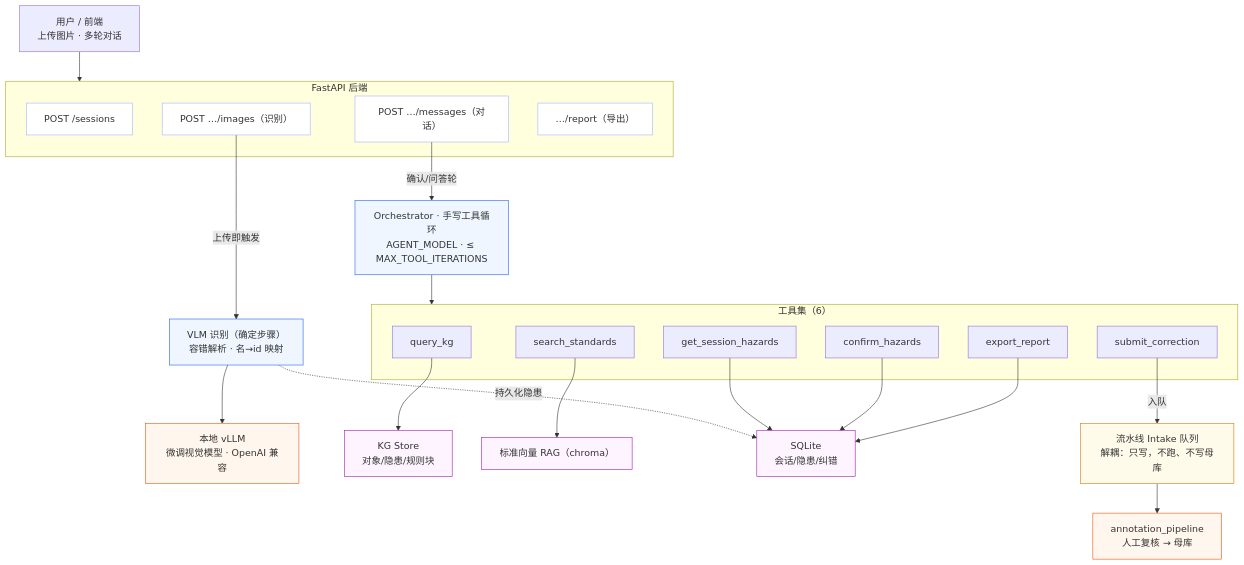
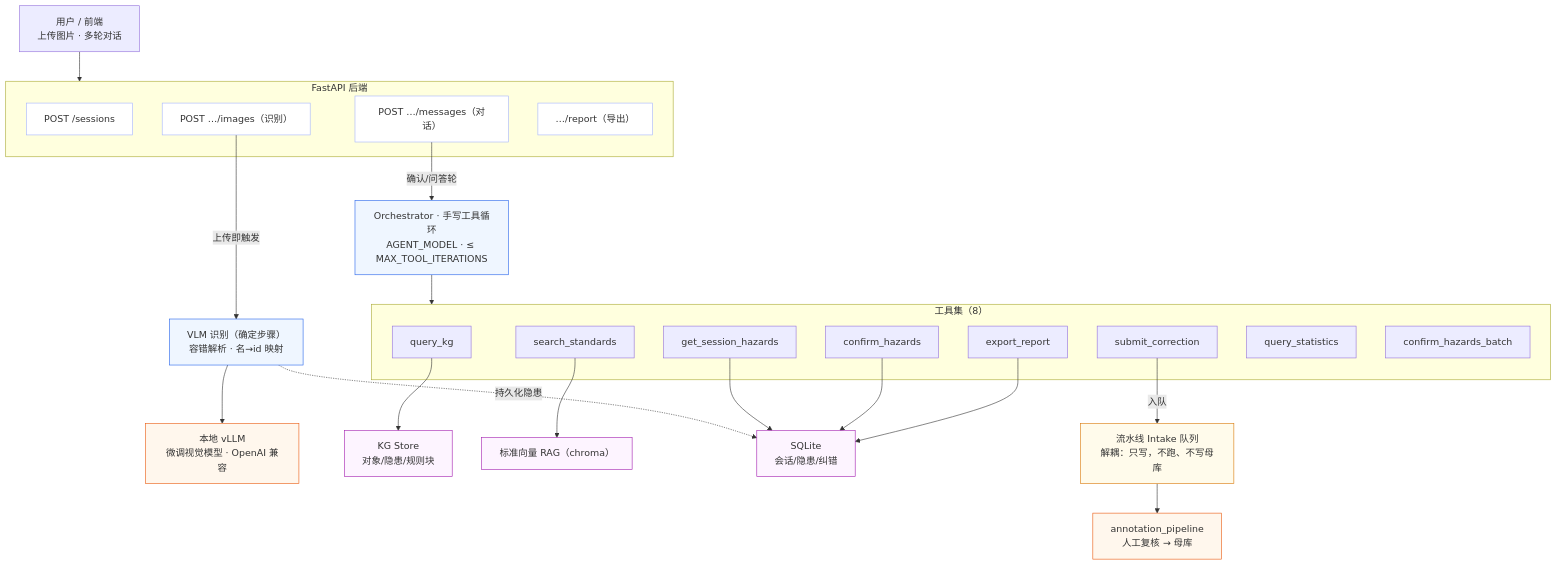
Before and after one commit to dalao-bai/safety-vision-agent: the diagram in README.md, drawn with Mermaid. The commit also changed other lines of this file, not shown here.

First line of the commit message:
docs(readme): update for batch upload feature

````diff
--- a/README.md
+++ b/README.md
@@ -70,43 +71,45 @@
 ```mermaid
 flowchart TB
     C["用户 / 前端<br/>上传图片 · 多轮对话"]
     subgraph API["FastAPI 后端"]
       R1["POST /sessions"]:::route
       R2["POST …/images（识别）"]:::route
       R3["POST …/messages（对话）"]:::route
       R4["…/report（导出）"]:::route
     end
     DET["VLM 识别（确定步骤）<br/>容错解析 · 名→id 映射"]:::engine
     VLLM["本地 vLLM<br/>微调视觉模型 · OpenAI 兼容"]:::ext
     ORCH["Orchestrator · 手写工具循环<br/>AGENT_MODEL · ≤ MAX_TOOL_ITERATIONS"]:::engine
-    subgraph TOOLS["工具集（6）"]
+    subgraph TOOLS["工具集（8）"]
       T1[query_kg]
       T2[search_standards]
       T3[get_session_hazards]
       T4[confirm_hazards]
       T5[submit_correction]
       T6[export_report]
+      T7[query_statistics]
+      T8[confirm_hazards_batch]
     end
     KG["KG Store<br/>对象/隐患/规则块"]:::res
     RAG["标准向量 RAG（chroma）"]:::res
     DB["SQLite<br/>会话/隐患/纠错"]:::res
     INTAKE["流水线 Intake 队列<br/>解耦：只写，不跑、不写母库"]:::queue
     PIPE["annotation_pipeline<br/>人工复核 → 母库"]:::ext
 
     C --> API
     R2 -->|上传即触发| DET --> VLLM
     DET -.持久化隐患.-> DB
     R3 -->|确认/问答轮| ORCH --> TOOLS
     T1 --> KG
     T2 --> RAG
     T3 --> DB
     T4 --> DB
     T5 -->|入队| INTAKE --> PIPE
     T6 --> DB
 
     classDef route fill:#fff,stroke:#a5b4fc;
     classDef engine fill:#eff6ff,stroke:#2563eb;
     classDef res fill:#fdf4ff,stroke:#a21caf;
     classDef queue fill:#fffbeb,stroke:#d97706;
     classDef ext fill:#fff7ed,stroke:#ea580c;
 ```
````
